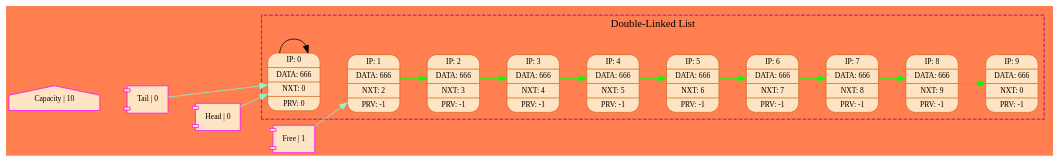
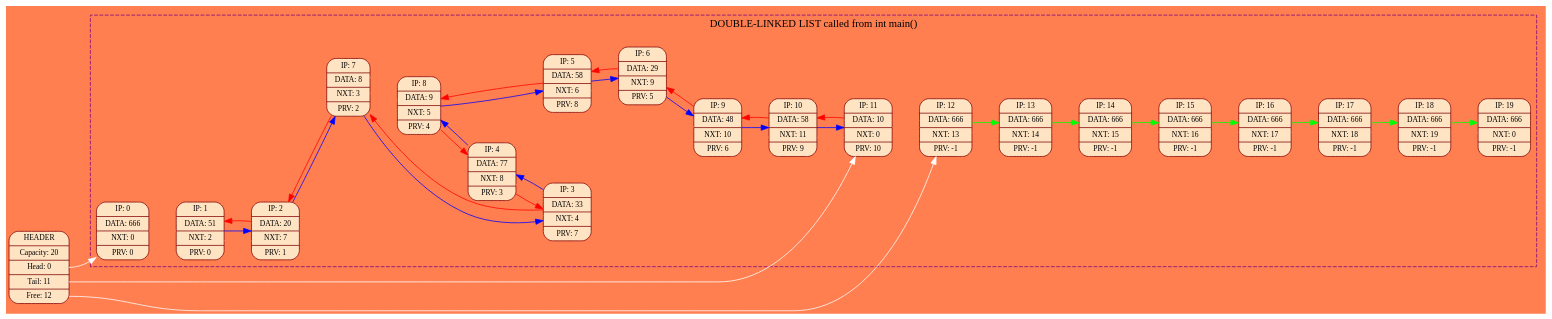
The diagram in list.dot (khmelnitskiianton/LinkedList), drawn with Graphviz before and after one commit. The commit also changed 63 other files, not shown here.

First line of the commit message:
Made 2linklist in indexies + print graphviz

```diff
--- a/list.dot
+++ b/list.dot
@@ -1,43 +1,67 @@
 digraph G{
 rankdir = LR;
 bgcolor = "#ff7f50";
-node[color = "#ff00ff", fontsize = 10];
-edge[color = "#ff00ff", fontsize = 15];
-subgraph cluster0 {
+node[color = "#800000", fontsize = 10];
+edge[color = "#800000", fontsize = 15];
+subgraph cluster_list {
 	node[style = filled, color = white, fontsize = 10];
-	edge[color = "#ff00ff", fontsize = 15];
+	edge[color = "#800000", fontsize = 15];
 	style = "dashed";
 	color = "#800080";
-	0 [shape = Mrecord, style = filled, fillcolor = "#ffe4c4", color = "#d2691e", label = " IP: 0 | DATA: 666 | NXT: 0 | PRV: 0 "];
-	1 [shape = Mrecord, style = filled, fillcolor = "#ffe4c4", color = "#d2691e", label = " IP: 1 | DATA: 666 | NXT: 2 | PRV: -1 "];
-	2 [shape = Mrecord, style = filled, fillcolor = "#ffe4c4", color = "#d2691e", label = " IP: 2 | DATA: 666 | NXT: 3 | PRV: -1 "];
-	3 [shape = Mrecord, style = filled, fillcolor = "#ffe4c4", color = "#d2691e", label = " IP: 3 | DATA: 666 | NXT: 4 | PRV: -1 "];
-	4 [shape = Mrecord, style = filled, fillcolor = "#ffe4c4", color = "#d2691e", label = " IP: 4 | DATA: 666 | NXT: 5 | PRV: -1 "];
-	5 [shape = Mrecord, style = filled, fillcolor = "#ffe4c4", color = "#d2691e", label = " IP: 5 | DATA: 666 | NXT: 6 | PRV: -1 "];
-	6 [shape = Mrecord, style = filled, fillcolor = "#ffe4c4", color = "#d2691e", label = " IP: 6 | DATA: 666 | NXT: 7 | PRV: -1 "];
-	7 [shape = Mrecord, style = filled, fillcolor = "#ffe4c4", color = "#d2691e", label = " IP: 7 | DATA: 666 | NXT: 8 | PRV: -1 "];
-	8 [shape = Mrecord, style = filled, fillcolor = "#ffe4c4", color = "#d2691e", label = " IP: 8 | DATA: 666 | NXT: 9 | PRV: -1 "];
-	9 [shape = Mrecord, style = filled, fillcolor = "#ffe4c4", color = "#d2691e", label = " IP: 9 | DATA: 666 | NXT: 0 | PRV: -1 "];
+	0 [shape = Mrecord, style = filled, fillcolor = "#ffe4c4", color = "#800000", label = " IP: 0 | DATA: 666 | NXT: 0 | PRV: 0 "];
+	1 [shape = Mrecord, style = filled, fillcolor = "#ffe4c4", color = "#800000", label = " IP: 1 | DATA: 51 | NXT: 2 | PRV: 0 "];
+	2 [shape = Mrecord, style = filled, fillcolor = "#ffe4c4", color = "#800000", label = " IP: 2 | DATA: 20 | NXT: 7 | PRV: 1 "];
+	3 [shape = Mrecord, style = filled, fillcolor = "#ffe4c4", color = "#800000", label = " IP: 3 | DATA: 33 | NXT: 4 | PRV: 7 "];
+	4 [shape = Mrecord, style = filled, fillcolor = "#ffe4c4", color = "#800000", label = " IP: 4 | DATA: 77 | NXT: 8 | PRV: 3 "];
+	5 [shape = Mrecord, style = filled, fillcolor = "#ffe4c4", color = "#800000", label = " IP: 5 | DATA: 58 | NXT: 6 | PRV: 8 "];
+	6 [shape = Mrecord, style = filled, fillcolor = "#ffe4c4", color = "#800000", label = " IP: 6 | DATA: 29 | NXT: 9 | PRV: 5 "];
+	7 [shape = Mrecord, style = filled, fillcolor = "#ffe4c4", color = "#800000", label = " IP: 7 | DATA: 8 | NXT: 3 | PRV: 2 "];
+	8 [shape = Mrecord, style = filled, fillcolor = "#ffe4c4", color = "#800000", label = " IP: 8 | DATA: 9 | NXT: 5 | PRV: 4 "];
+	9 [shape = Mrecord, style = filled, fillcolor = "#ffe4c4", color = "#800000", label = " IP: 9 | DATA: 48 | NXT: 10 | PRV: 6 "];
+	10 [shape = Mrecord, style = filled, fillcolor = "#ffe4c4", color = "#800000", label = " IP: 10 | DATA: 58 | NXT: 11 | PRV: 9 "];
+	11 [shape = Mrecord, style = filled, fillcolor = "#ffe4c4", color = "#800000", label = " IP: 11 | DATA: 10 | NXT: 0 | PRV: 10 "];
+	12 [shape = Mrecord, style = filled, fillcolor = "#ffe4c4", color = "#800000", label = " IP: 12 | DATA: 666 | NXT: 13 | PRV: -1 "];
+	13 [shape = Mrecord, style = filled, fillcolor = "#ffe4c4", color = "#800000", label = " IP: 13 | DATA: 666 | NXT: 14 | PRV: -1 "];
+	14 [shape = Mrecord, style = filled, fillcolor = "#ffe4c4", color = "#800000", label = " IP: 14 | DATA: 666 | NXT: 15 | PRV: -1 "];
+	15 [shape = Mrecord, style = filled, fillcolor = "#ffe4c4", color = "#800000", label = " IP: 15 | DATA: 666 | NXT: 16 | PRV: -1 "];
+	16 [shape = Mrecord, style = filled, fillcolor = "#ffe4c4", color = "#800000", label = " IP: 16 | DATA: 666 | NXT: 17 | PRV: -1 "];
+	17 [shape = Mrecord, style = filled, fillcolor = "#ffe4c4", color = "#800000", label = " IP: 17 | DATA: 666 | NXT: 18 | PRV: -1 "];
+	18 [shape = Mrecord, style = filled, fillcolor = "#ffe4c4", color = "#800000", label = " IP: 18 | DATA: 666 | NXT: 19 | PRV: -1 "];
+	19 [shape = Mrecord, style = filled, fillcolor = "#ffe4c4", color = "#800000", label = " IP: 19 | DATA: 666 | NXT: 0 | PRV: -1 "];
 
-	0 -> 1 -> 2 -> 3 -> 4 -> 5 -> 6 -> 7 -> 8 -> 0 [color = "#ff7f50"];
+	0 -> 1 -> 2 -> 3 -> 4 -> 5 -> 6 -> 7 -> 8 -> 9 -> 10 -> 11 -> 12 -> 13 -> 14 -> 15 -> 16 -> 17 -> 18 -> 19 [weight = 10000, color = "#ff7f50"];
 
-	0 -> 0 [color = "#000000"]
-	1 -> 2 [color = "#00ff00"]
-	2 -> 3 [color = "#00ff00"]
-	3 -> 4 [color = "#00ff00"]
-	4 -> 5 [color = "#00ff00"]
-	5 -> 6 [color = "#00ff00"]
-	6 -> 7 [color = "#00ff00"]
-	7 -> 8 [color = "#00ff00"]
-	8 -> 9 [color = "#00ff00"]
-	label = "Double-Linked List";
+	1 -> 2 [color = "#0000ff", weight = 0]
+	2 -> 7 [color = "#0000ff", weight = 0]
+	3 -> 4 [color = "#0000ff", weight = 0]
+	4 -> 8 [color = "#0000ff", weight = 0]
+	5 -> 6 [color = "#0000ff", weight = 0]
+	6 -> 9 [color = "#0000ff", weight = 0]
+	7 -> 3 [color = "#0000ff", weight = 0]
+	8 -> 5 [color = "#0000ff", weight = 0]
+	9 -> 10 [color = "#0000ff", weight = 0]
+	10 -> 11 [color = "#0000ff", weight = 0]
+	12 -> 13 [color = "#00ff00", weight = 0]
+	13 -> 14 [color = "#00ff00", weight = 0]
+	14 -> 15 [color = "#00ff00", weight = 0]
+	15 -> 16 [color = "#00ff00", weight = 0]
+	16 -> 17 [color = "#00ff00", weight = 0]
+	17 -> 18 [color = "#00ff00", weight = 0]
+	18 -> 19 [color = "#00ff00", weight = 0]
+	2 -> 1 [color = "#ff0000", weight = 0]
+	3 -> 7 [color = "#ff0000", weight = 0]
+	4 -> 3 [color = "#ff0000", weight = 0]
+	5 -> 8 [color = "#ff0000", weight = 0]
+	6 -> 5 [color = "#ff0000", weight = 0]
+	7 -> 2 [color = "#ff0000", weight = 0]
+	8 -> 4 [color = "#ff0000", weight = 0]
+	9 -> 6 [color = "#ff0000", weight = 0]
+	10 -> 9 [color = "#ff0000", weight = 0]
+	11 -> 10 [color = "#ff0000", weight = 0]
+	label = "DOUBLE-LINKED LIST called from int main() ";
 }
-HEAD[shape = "component", label = "Head | 0", style = "filled", fillcolor = "#ffe4c4"];
-TAIL[shape = "component", label = "Tail | 0", style = "filled", fillcolor = "#ffe4c4"];
-FREE[shape = "component", label = "Free | 1", style = "filled", fillcolor = "#ffe4c4"];
-CAPACITY[shape = "house", label = "Capacity | 10", style = "filled", fillcolor = "#ffe4c4"];
-CAPACITY -> TAIL -> HEAD -> FREE [ color = "#ff7f50"];
-HEAD -> 0 [color = "#7fffd4"];
-TAIL -> 0 [color = "#7fffd4"];
-FREE -> 1 [color = "#7fffd4"];
+All[shape = Mrecord, label = " HEADER | <f0> Capacity: 20 | <f1> Head: 0 | <f2> Tail: 11 | <f3> Free: 12 ", style = "filled", fillcolor = "#ffe4c4"];
+All:<f1> -> 0 [color = "#FFFFFF"];
+All:<f2> -> 11 [color = "#FFFFFF"];
+All:<f3> -> 12 [color = "#FFFFFF"];
 }
```
